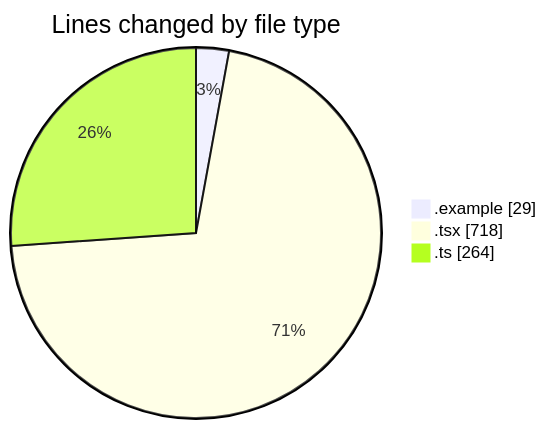
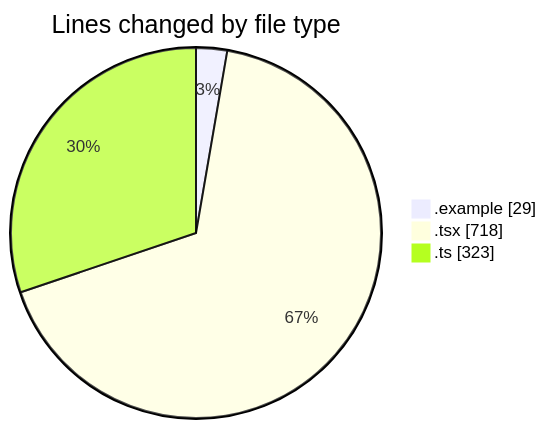
The first of 2 diagrams in 2025-11-16/eventscop-frontend-guide__workspace_/README.md (julien-gomy/code-tracking), drawn with Mermaid before and after one commit. The commit also changed other lines of this file and 1 other file, not shown here.

````diff
--- a/2025-11-16/eventscop-frontend-guide__workspace_/README.md
+++ b/2025-11-16/eventscop-frontend-guide__workspace_/README.md
@@ -28,7 +29,7 @@
 ```mermaid
 pie showData
 title Lines changed by file type
 ".example" : 29
 ".tsx" : 718
-".ts" : 264
+".ts" : 323
 ```
````
